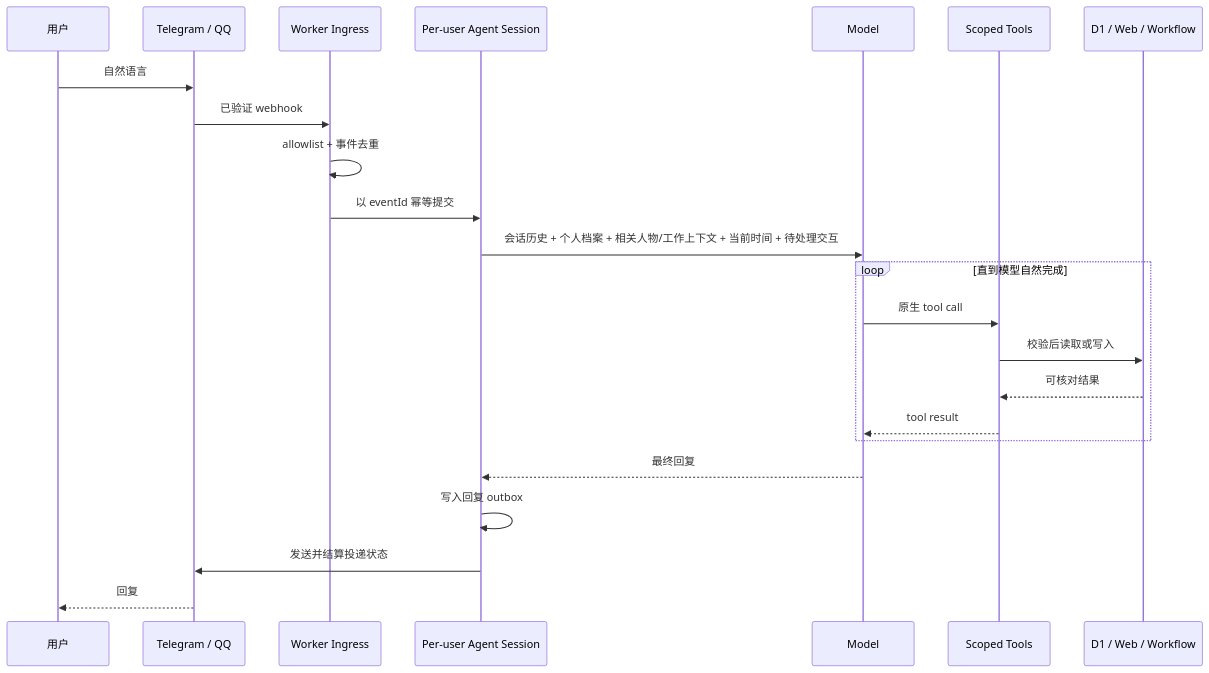
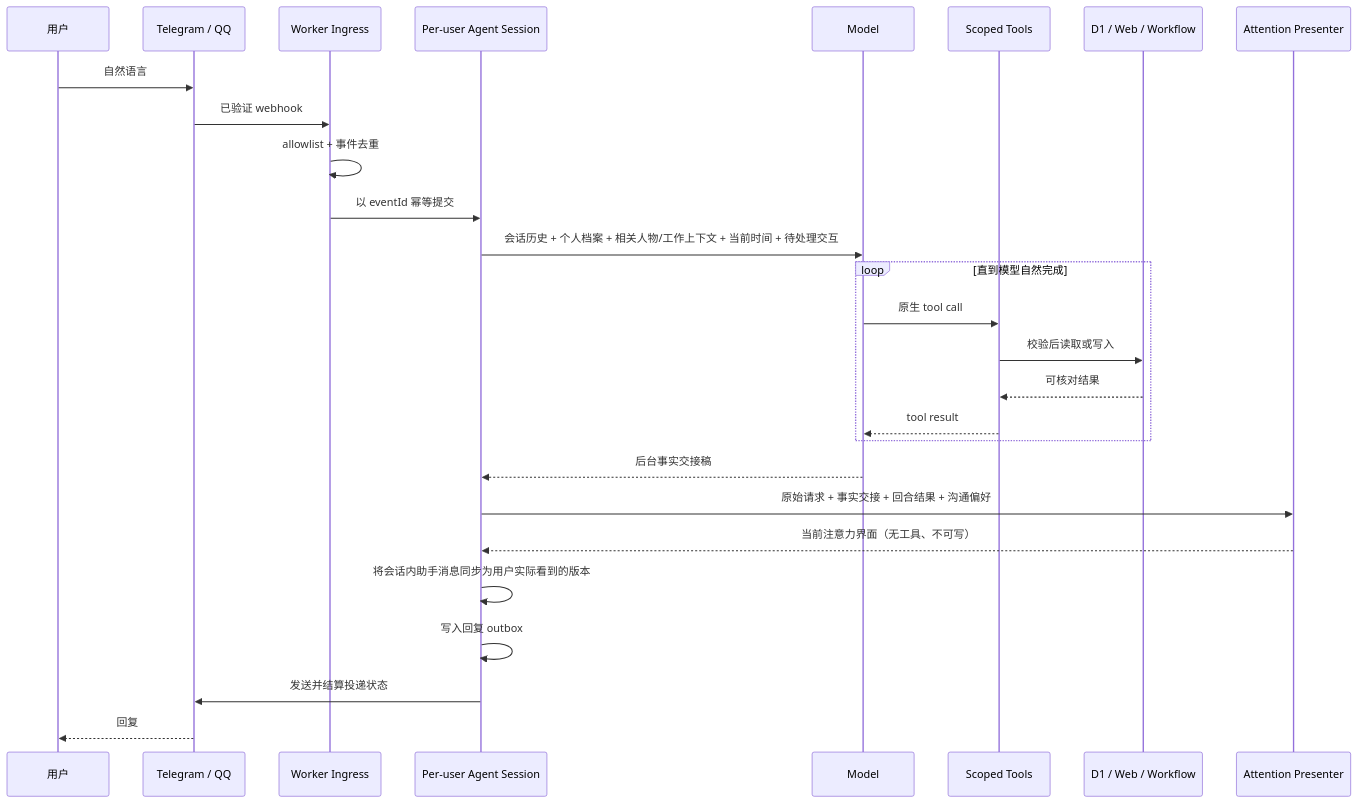
One commit to kinamind/Desk-IX changed the diagram in docs/architecture.md. Above: the diagram before and after it, drawn with Mermaid. The commit also changed other lines of this file and 15 other files, not shown here.

````diff
--- a/docs/architecture.md
+++ b/docs/architecture.md
@@ -19,26 +21,30 @@
 ```mermaid
 sequenceDiagram
   participant U as 用户
   participant C as Telegram / QQ
   participant W as Worker Ingress
   participant S as Per-user Agent Session
   participant M as Model
   participant T as Scoped Tools
   participant D as D1 / Web / Workflow
+  participant A as Attention Presenter
 
   U->>C: 自然语言
   C->>W: 已验证 webhook
   W->>W: allowlist + 事件去重
   W->>S: 以 eventId 幂等提交
   S->>M: 会话历史 + 个人档案 + 相关人物/工作上下文 + 当前时间 + 待处理交互
   loop 直到模型自然完成
     M->>T: 原生 tool call
     T->>D: 校验后读取或写入
     D-->>T: 可核对结果
     T-->>M: tool result
   end
-  M-->>S: 最终回复
+  M-->>S: 后台事实交接稿
+  S->>A: 原始请求 + 事实交接 + 回合结果 + 沟通偏好
+  A-->>S: 当前注意力界面（无工具、不可写）
+  S->>S: 将会话内助手消息同步为用户实际看到的版本
   S->>S: 写入回复 outbox
   S->>C: 发送并结算投递状态
   C-->>U: 回复
 ```
````
